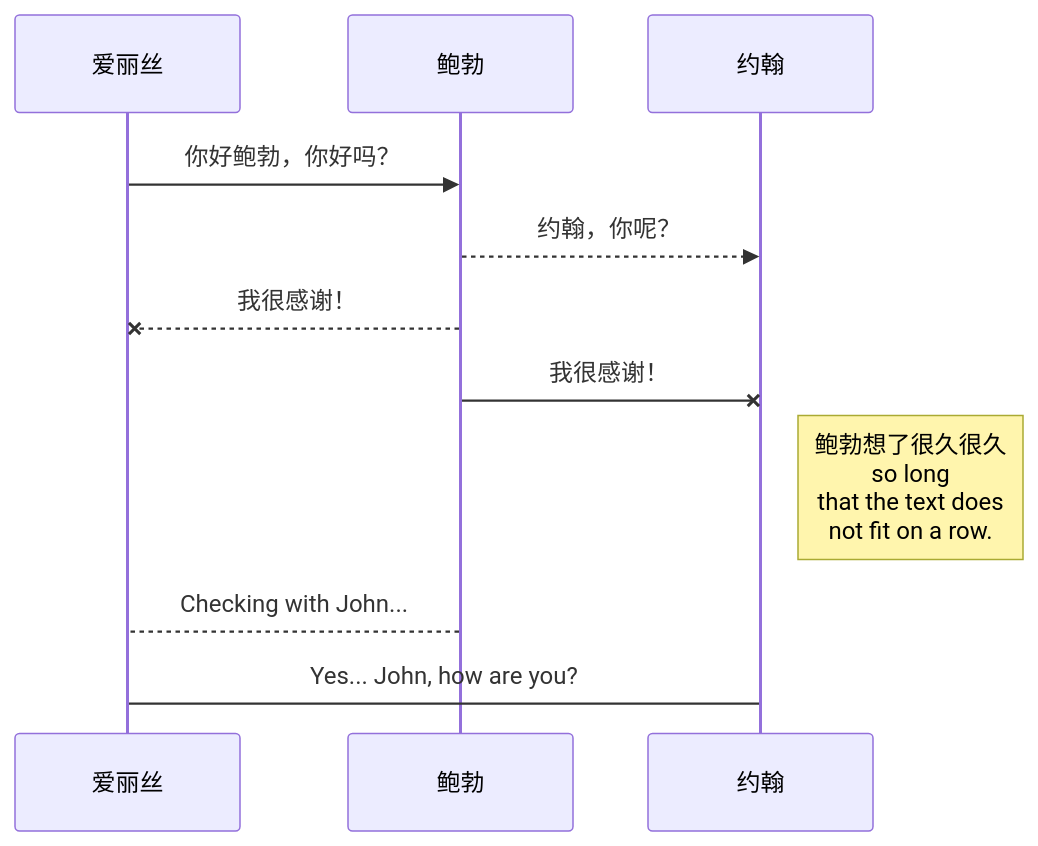
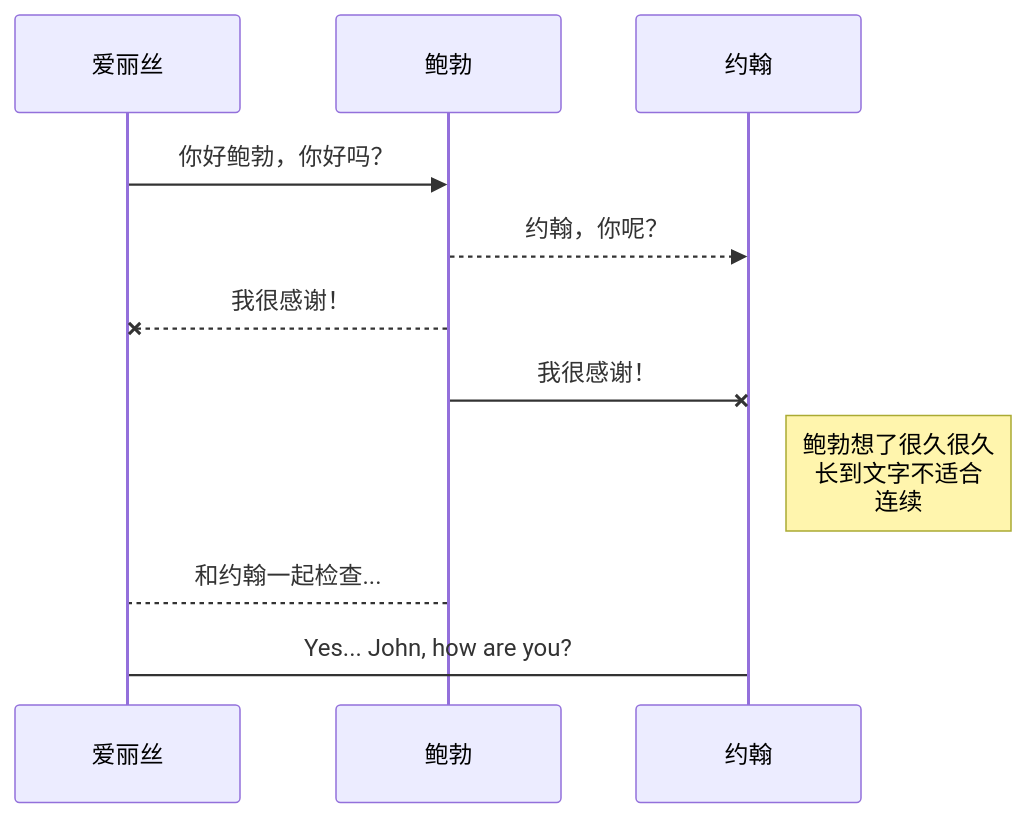
The second of 4 diagrams in 帮助.md (RisunJiang/notebook), drawn with Mermaid before and after one commit. The commit also changed other lines of this file, not shown here.

````diff
--- a/帮助.md
+++ b/帮助.md
@@ -138,11 +138,11 @@
 ```mermaid
 sequenceDiagram
 爱丽丝 ->> 鲍勃: 你好鲍勃，你好吗？
 鲍勃-->>约翰: 约翰，你呢？
 鲍勃--x 爱丽丝: 我很感谢！
 鲍勃-x 约翰: 我很感谢！
-Note right of 约翰: 鲍勃想了很久很久<br/>so long<br/>that the text does<br/>not fit on a row.
+Note right of 约翰: 鲍勃想了很久很久<br/>长到文字不适合<br/>连续
 
-鲍勃-->爱丽丝: Checking with John...
+鲍勃-->爱丽丝: 和约翰一起检查...
 爱丽丝->约翰: Yes... John, how are you?
 ```
````
